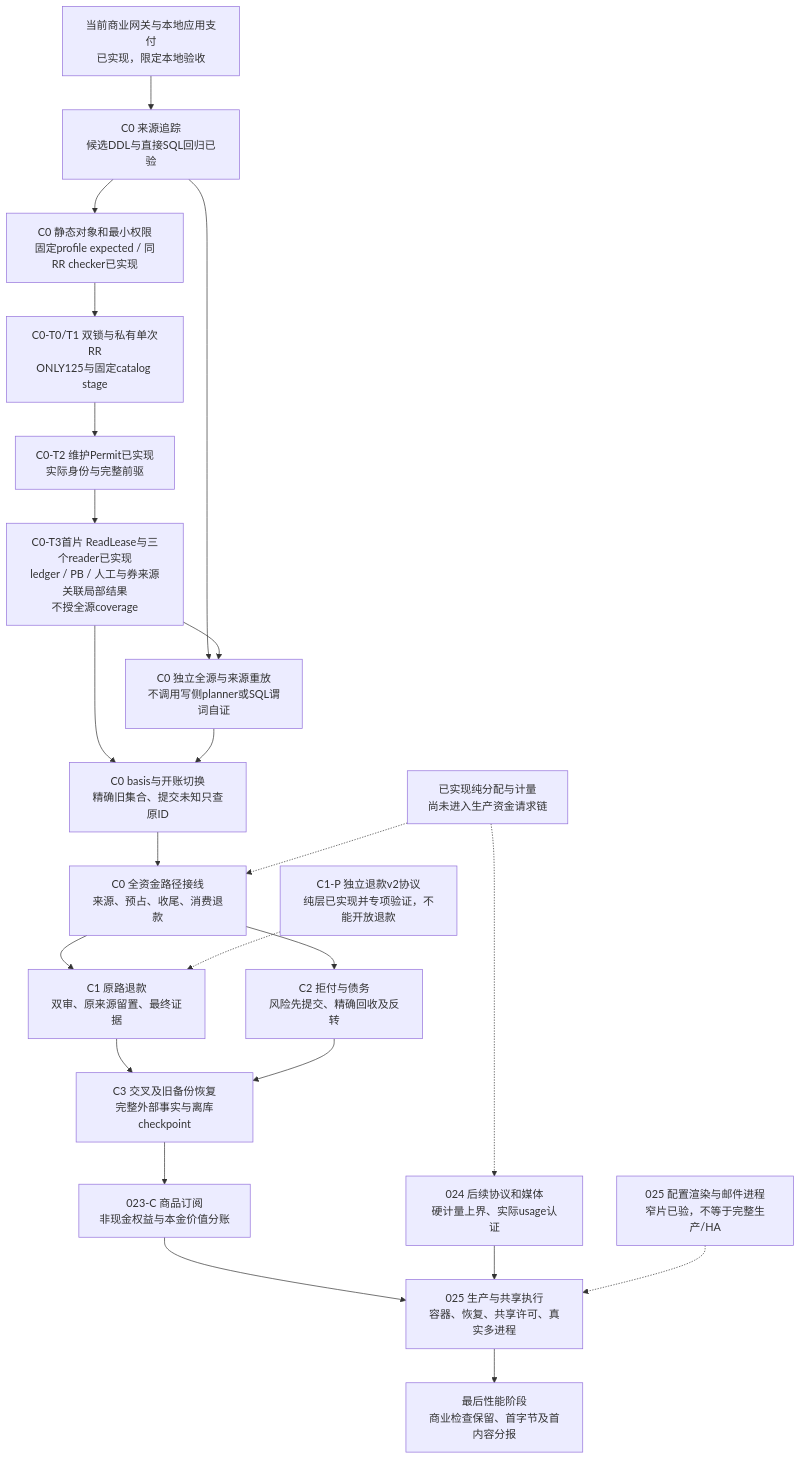
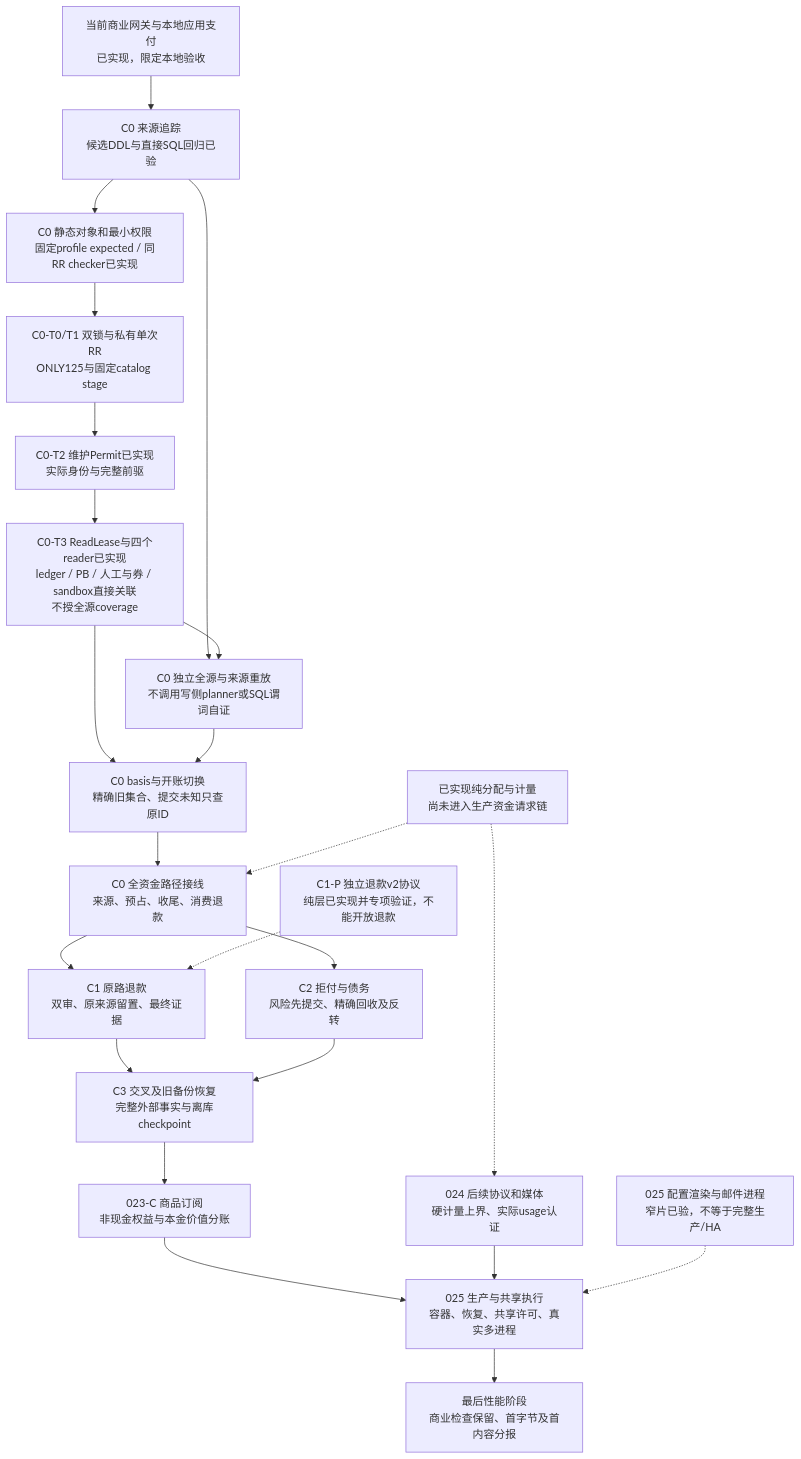
Before and after one commit to workhold/moni-aigate: diagram 16 of 16 in docs/architecture/README.md, drawn with Mermaid. The commit also changed other lines of this file and 18 other files, not shown here.

````diff
--- a/docs/architecture/README.md
+++ b/docs/architecture/README.md
@@ -846,37 +853,37 @@
 ```mermaid
 flowchart TB
     Base[当前商业网关与本地应用支付\n已实现，限定本地验收]
     Source[C0 来源追踪\n候选DDL与直接SQL回归已验]
     Catalog[C0 静态对象和最小权限\n固定profile expected / 同RR checker已实现]
     Gate[C0-T0/T1 双锁与私有单次RR\nONLY125与固定catalog stage]
     Permit[C0-T2 维护Permit已实现\n实际身份与完整前驱]
-    Lease[C0-T3首片 ReadLease与三个reader已实现\nledger / PB / 人工与券来源关联局部结果\n不授全源coverage]
+    Lease[C0-T3 ReadLease与四个reader已实现\nledger / PB / 人工与券 / sandbox直接关联\n不授全源coverage]
     Replay[C0 独立全源与来源重放\n不调用写侧planner或SQL谓词自证]
     Init[C0 basis与开账切换\n精确旧集合、提交未知只查原ID]
     Online[C0 全资金路径接线\n来源、预占、收尾、消费退款]
     Refund[C1 原路退款\n双审、原来源留置、最终证据]
     Dispute[C2 拒付与债务\n风险先提交、精确回收及反转]
     Recovery[C3 交叉及旧备份恢复\n完整外部事实与离库checkpoint]
     Products[023-C 商品订阅\n非现金权益与本金价值分账]
     Media[024 后续协议和媒体\n硬计量上界、实际usage认证]
     HA[025 生产与共享执行\n容器、恢复、共享许可、真实多进程]
     Perf[最后性能阶段\n商业检查保留、首字节及首内容分报]
     Pure[已实现纯分配与计量\n尚未进入生产资金请求链]
     Wire[C1-P 独立退款v2协议\n纯层已实现并专项验证，不能开放退款]
     Mail[025 配置渲染与邮件进程\n窄片已验，不等于完整生产/HA]
     Base --> Source
     Source --> Catalog --> Gate --> Permit --> Lease
     Source --> Replay
     Lease --> Replay
     Lease --> Init
     Replay --> Init --> Online
     Online --> Refund --> Recovery
     Online --> Dispute --> Recovery
     Recovery --> Products
     Products --> HA
     Media --> HA --> Perf
     Pure -.-> Online
     Pure -.-> Media
     Wire -.-> Refund
     Mail -.-> HA
 ```
````
